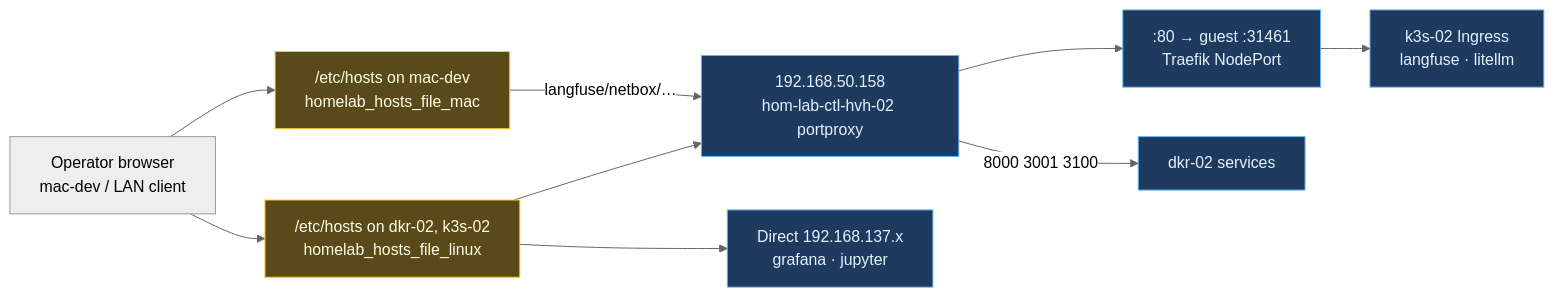
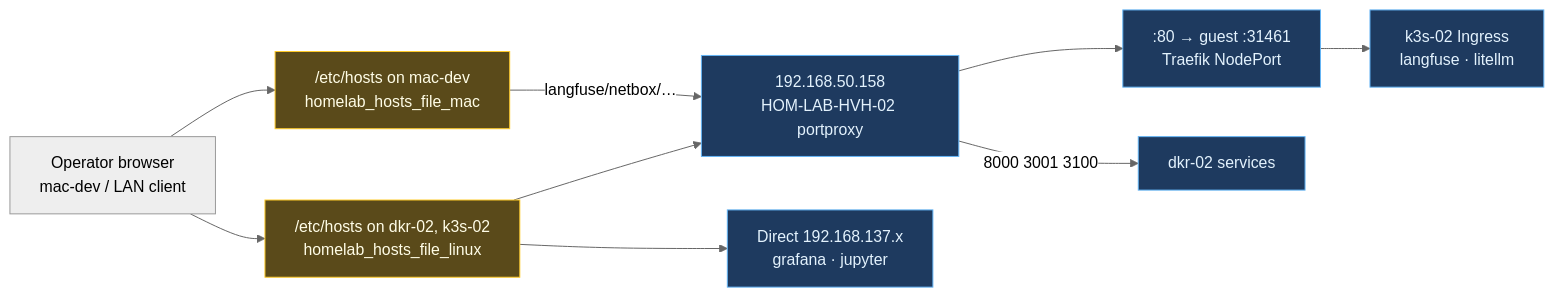
One commit to doesitscript/dotfile-vnext changed the fourth of 5 diagrams in docs/diagrams/cst-hom-lab-ctl-dia-homelab-estate-04.md. Above: the diagram before and after it, drawn with Mermaid (neutral theme). The commit also changed other lines of this file and 271 other files, not shown here.

First line of the commit message:
Rename schema dropping middle ctl and update HOM-LAB-CTL-HVH-01

````diff
--- a/docs/diagrams/cst-hom-lab-ctl-dia-homelab-estate-04.md
+++ b/docs/diagrams/cst-hom-lab-ctl-dia-homelab-estate-04.md
@@ -189,23 +189,23 @@
 ```mermaid
 flowchart LR
   Browser["Operator browser\nmac-dev / LAN client"]
   HostsMac["/etc/hosts on mac-dev\nhomelab_hosts_file_mac"]
   HostsLinux["/etc/hosts on dkr-02, k3s-02\nhomelab_hosts_file_linux"]
-  Publish158["192.168.50.158\nhom-lab-ctl-hvh-02 portproxy"]
+  Publish158["192.168.50.158\nHOM-LAB-HVH-02 portproxy"]
   Traefik80[":80 → guest :31461\nTraefik NodePort"]
   Direct137["Direct 192.168.137.x\ngrafana · jupyter"]
 
   Browser --> HostsMac
   Browser --> HostsLinux
   HostsMac -->|"langfuse/netbox/…"| Publish158
   HostsLinux --> Publish158
   HostsLinux --> Direct137
   Publish158 --> Traefik80
   Publish158 -->|"8000 3001 3100"| DKRDirect["dkr-02 services"]
   Traefik80 --> K3SIngress["k3s-02 Ingress\nlangfuse · litellm"]
 
   classDef dns fill:#5a4a1a,stroke:#ffca28,color:#fffde7
   classDef path fill:#1e3a5f,stroke:#64b5f6,color:#e3f2fd
   class HostsMac,HostsLinux dns
   class Publish158,Traefik80,K3SIngress,DKRDirect,Direct137 path
 ```
````
